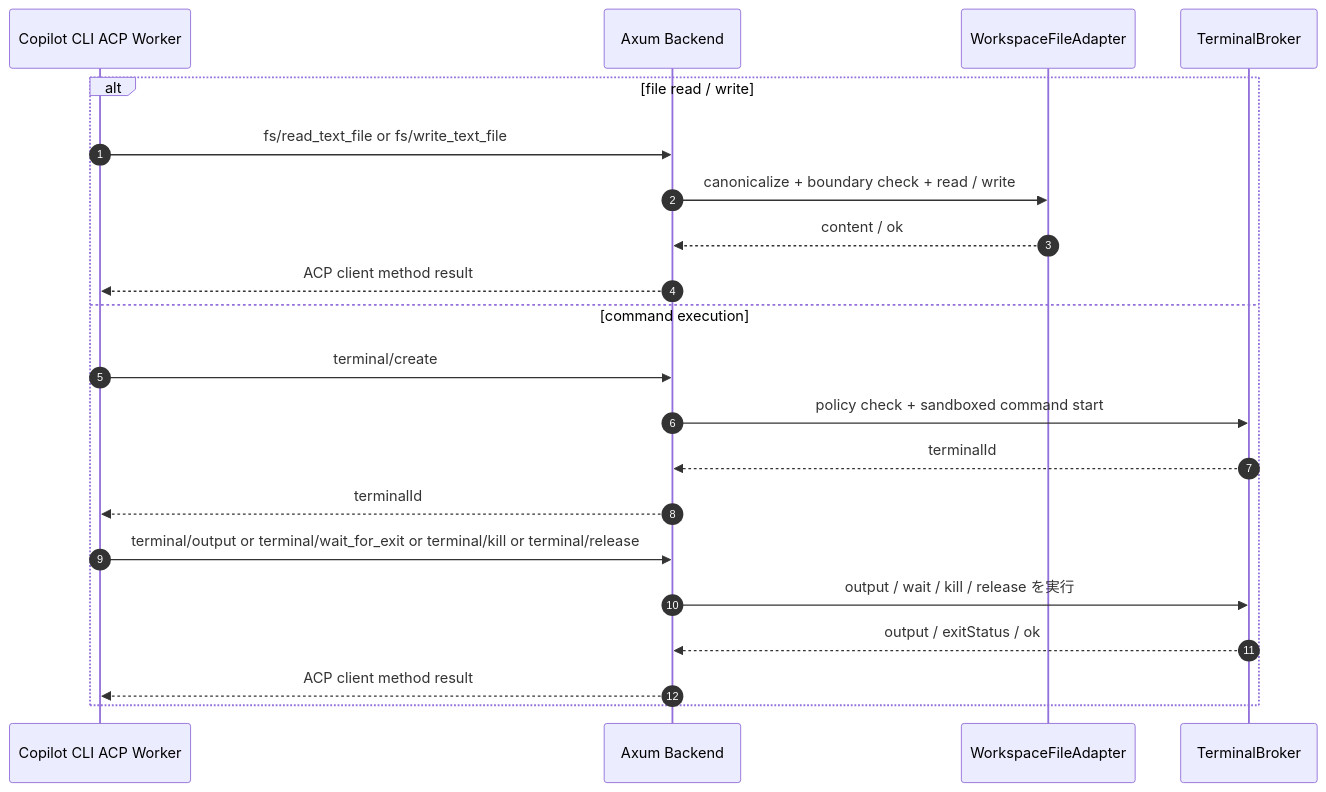
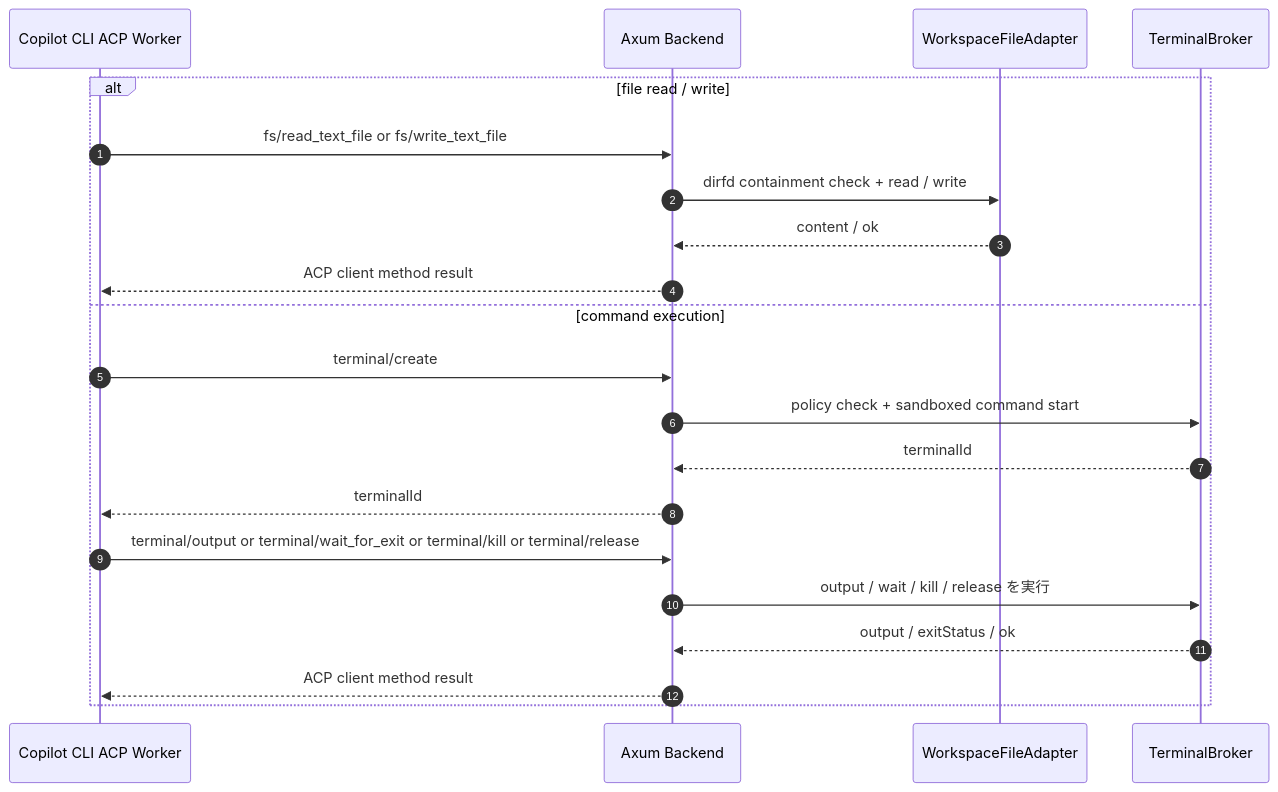
Before and after one commit to chalharu/acp-orchestrator: diagram 11 of 12 in docs/explanation/acp-web-cli-architecture.md, drawn with Mermaid. The commit also changed other lines of this file and 1 other file, not shown here.

Commit message:
docs(architecture): refine workspace session design

````diff
--- a/docs/explanation/acp-web-cli-architecture.md
+++ b/docs/explanation/acp-web-cli-architecture.md
@@ -624,24 +631,24 @@
 ```mermaid
 sequenceDiagram
     autonumber
     participant Worker as Copilot CLI ACP Worker
     participant Backend as Axum Backend
     participant WorkspaceFS as WorkspaceFileAdapter
     participant TerminalBroker as TerminalBroker
 
     alt file read / write
         Worker->>Backend: fs/read_text_file or fs/write_text_file
-        Backend->>WorkspaceFS: canonicalize + boundary check + read / write
+        Backend->>WorkspaceFS: dirfd containment check + read / write
         WorkspaceFS-->>Backend: content / ok
         Backend-->>Worker: ACP client method result
     else command execution
         Worker->>Backend: terminal/create
         Backend->>TerminalBroker: policy check + sandboxed command start
         TerminalBroker-->>Backend: terminalId
         Backend-->>Worker: terminalId
         Worker->>Backend: terminal/output or terminal/wait_for_exit or terminal/kill or terminal/release
         Backend->>TerminalBroker: output / wait / kill / release を実行
         TerminalBroker-->>Backend: output / exitStatus / ok
         Backend-->>Worker: ACP client method result
     end
 ```
````
